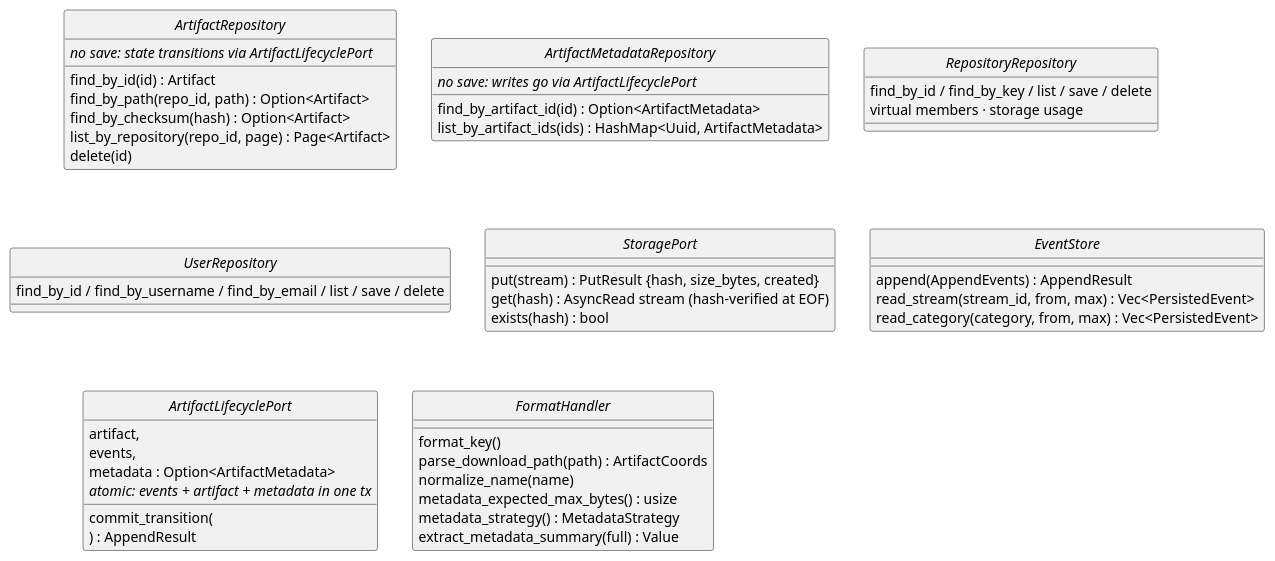
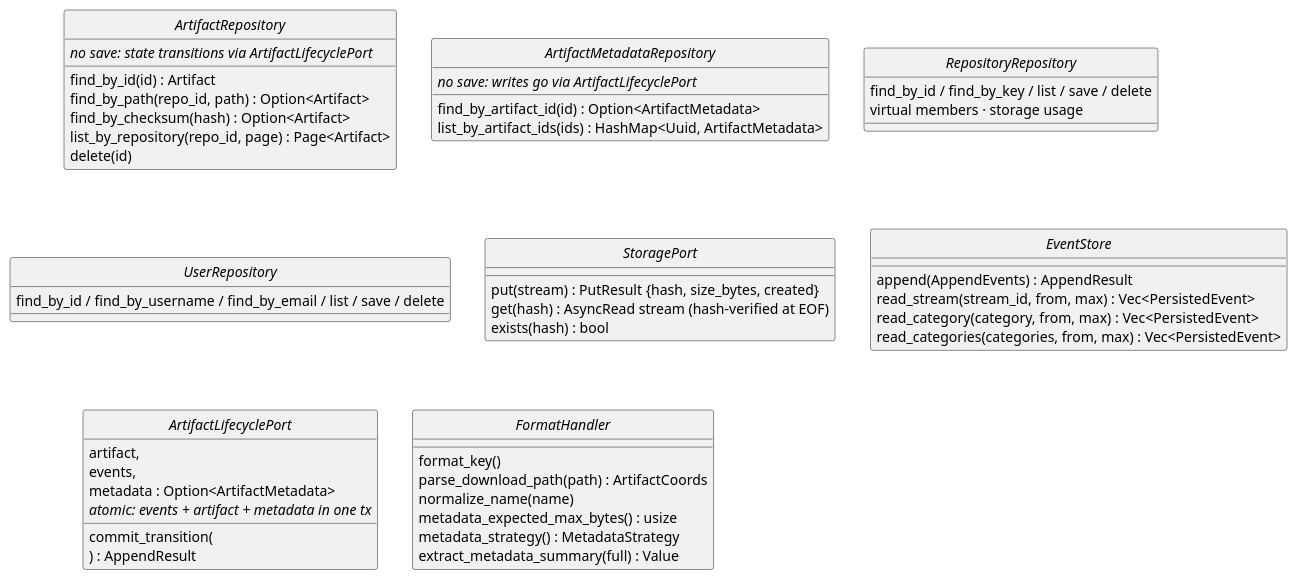
Before and after one commit to project-hort/hort: the second of 4 diagrams in docs/architecture/explanation/domain-model.md, drawn with PlantUML. The commit also changed 25 other files, not shown here.

````diff
--- a/docs/architecture/explanation/domain-model.md
+++ b/docs/architecture/explanation/domain-model.md
@@ -122,60 +122,61 @@
 ```plantuml
 @startuml
 skinparam shadowing false
 hide circle
 
 interface ArtifactRepository {
   find_by_id(id) : Artifact
   find_by_path(repo_id, path) : Option<Artifact>
   find_by_checksum(hash) : Option<Artifact>
   list_by_repository(repo_id, page) : Page<Artifact>
   delete(id)
   <i>no save: state transitions via ArtifactLifecyclePort</i>
 }
 
 interface ArtifactMetadataRepository {
   find_by_artifact_id(id) : Option<ArtifactMetadata>
   list_by_artifact_ids(ids) : HashMap<Uuid, ArtifactMetadata>
   <i>no save: writes go via ArtifactLifecyclePort</i>
 }
 
 interface RepositoryRepository {
   find_by_id / find_by_key / list / save / delete
   virtual members · storage usage
 }
 
 interface UserRepository {
   find_by_id / find_by_username / find_by_email / list / save / delete
 }
 
 interface StoragePort {
   put(stream) : PutResult {hash, size_bytes, created}
   get(hash) : AsyncRead stream (hash-verified at EOF)
   exists(hash) : bool
 }
 
 interface EventStore {
   append(AppendEvents) : AppendResult
   read_stream(stream_id, from, max) : Vec<PersistedEvent>
   read_category(category, from, max) : Vec<PersistedEvent>
+  read_categories(categories, from, max) : Vec<PersistedEvent>
 }
 
 interface ArtifactLifecyclePort {
   commit_transition(
     artifact,
     events,
     metadata : Option<ArtifactMetadata>
   ) : AppendResult
   <i>atomic: events + artifact + metadata in one tx</i>
 }
 
 interface FormatHandler {
   format_key()
   parse_download_path(path) : ArtifactCoords
   normalize_name(name)
   metadata_expected_max_bytes() : usize
   metadata_strategy() : MetadataStrategy
   extract_metadata_summary(full) : Value
 }
 @enduml
 ```
````
